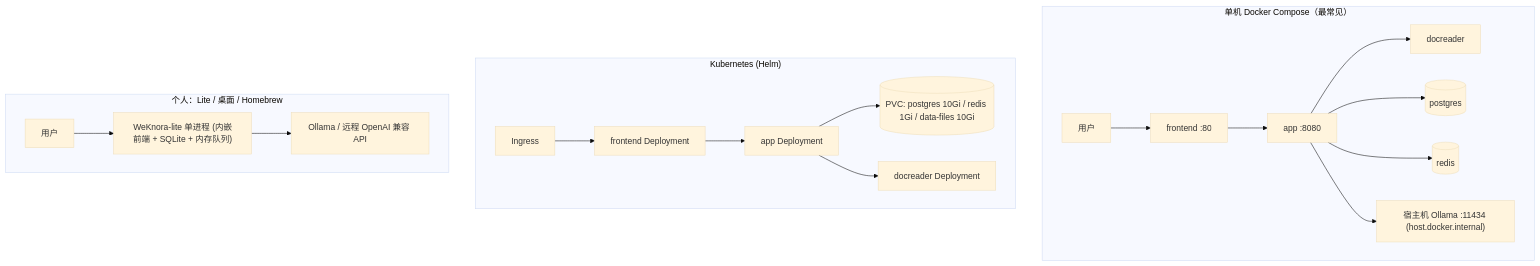
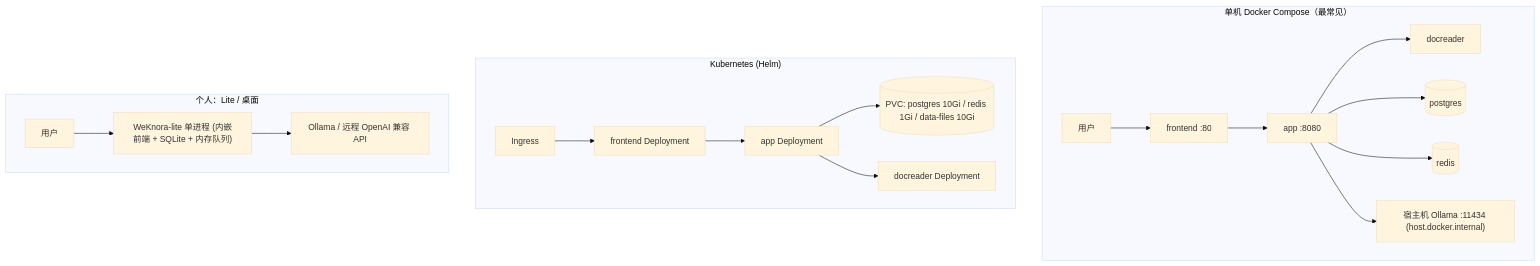
Before and after one commit to michadel/WeKnora: the second of 2 diagrams in website-docs/01-getting-started/02-installation.md, drawn with Mermaid (base theme). The commit also changed other lines of this file and 2 other files, not shown here.

Commit message:
docs: remove unsupported Homebrew installation guidance

````diff
--- a/website-docs/01-getting-started/02-installation.md
+++ b/website-docs/01-getting-started/02-installation.md
@@ -282,22 +272,22 @@
 ```mermaid
 flowchart TB
     subgraph host["单机 Docker Compose（最常见）"]
         direction LR
         U1["用户"] --> N1["frontend :80"] --> A1["app :8080"]
         A1 --> D1["docreader"]
         A1 --> P1[("postgres")]
         A1 --> R1[("redis")]
         A1 --> O1["宿主机 Ollama :11434 (host.docker.internal)"]
     end
     subgraph k8s["Kubernetes (Helm)"]
         direction LR
         ING["Ingress"] --> FE2["frontend Deployment"] --> A2["app Deployment"]
         A2 --> PVC1[("PVC: postgres 10Gi / redis 1Gi / data-files 10Gi")]
         A2 --> D2["docreader Deployment"]
     end
-    subgraph laptop["个人：Lite / 桌面 / Homebrew"]
+    subgraph laptop["个人：Lite / 桌面"]
         direction LR
         U3["用户"] --> L1["WeKnora-lite 单进程 (内嵌前端 + SQLite + 内存队列)"]
         L1 --> O3["Ollama / 远程 OpenAI 兼容 API"]
     end
 ```
````
